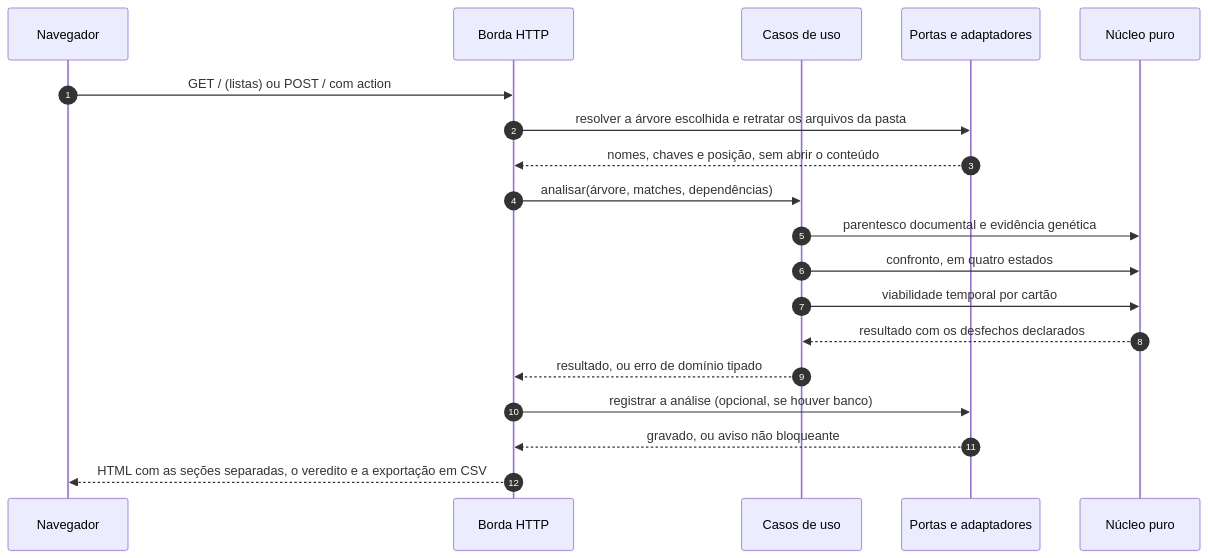
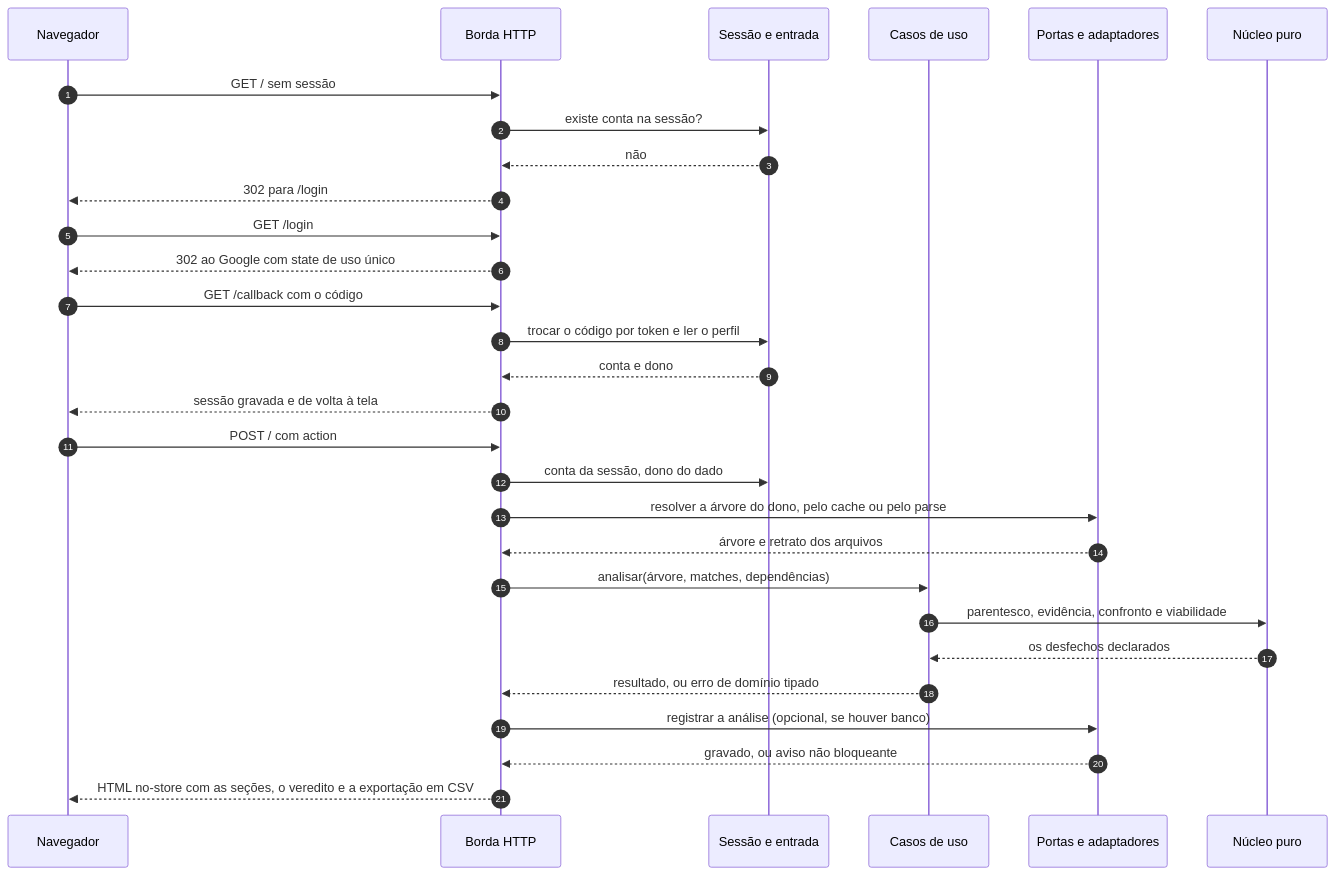
One commit to Adriano1976/reversa-analisador-genealogico changed the second of 4 diagrams in README.md. Above: the diagram before and after it, drawn with Mermaid. The commit also changed other lines of this file, not shown here.

Commit message:
docs(readme): reflete cache ligado e login por dono

````diff
--- a/README.md
+++ b/README.md
@@ -128,21 +136,31 @@
 ```mermaid
 sequenceDiagram
     autonumber
     participant N as Navegador
     participant A as Borda HTTP
+    participant S as Sessão e entrada
     participant U as Casos de uso
     participant P as Portas e adaptadores
     participant C as Núcleo puro
-    N->>A: GET / (listas) ou POST / com action
-    A->>P: resolver a árvore escolhida e retratar os arquivos da pasta
-    P-->>A: nomes, chaves e posição, sem abrir o conteúdo
+    N->>A: GET / sem sessão
+    A->>S: existe conta na sessão?
+    S-->>A: não
+    A-->>N: 302 para /login
+    N->>A: GET /login
+    A-->>N: 302 ao Google com state de uso único
+    N->>A: GET /callback com o código
+    A->>S: trocar o código por token e ler o perfil
+    S-->>A: conta e dono
+    A-->>N: sessão gravada e de volta à tela
+    N->>A: POST / com action
+    A->>S: conta da sessão, dono do dado
+    A->>P: resolver a árvore do dono, pelo cache ou pelo parse
+    P-->>A: árvore e retrato dos arquivos
     A->>U: analisar(árvore, matches, dependências)
-    U->>C: parentesco documental e evidência genética
-    U->>C: confronto, em quatro estados
-    U->>C: viabilidade temporal por cartão
-    C-->>U: resultado com os desfechos declarados
+    U->>C: parentesco, evidência, confronto e viabilidade
+    C-->>U: os desfechos declarados
     U-->>A: resultado, ou erro de domínio tipado
     A->>P: registrar a análise (opcional, se houver banco)
     P-->>A: gravado, ou aviso não bloqueante
-    A-->>N: HTML com as seções separadas, o veredito e a exportação em CSV
+    A-->>N: HTML no-store com as seções, o veredito e a exportação em CSV
 ```
````
